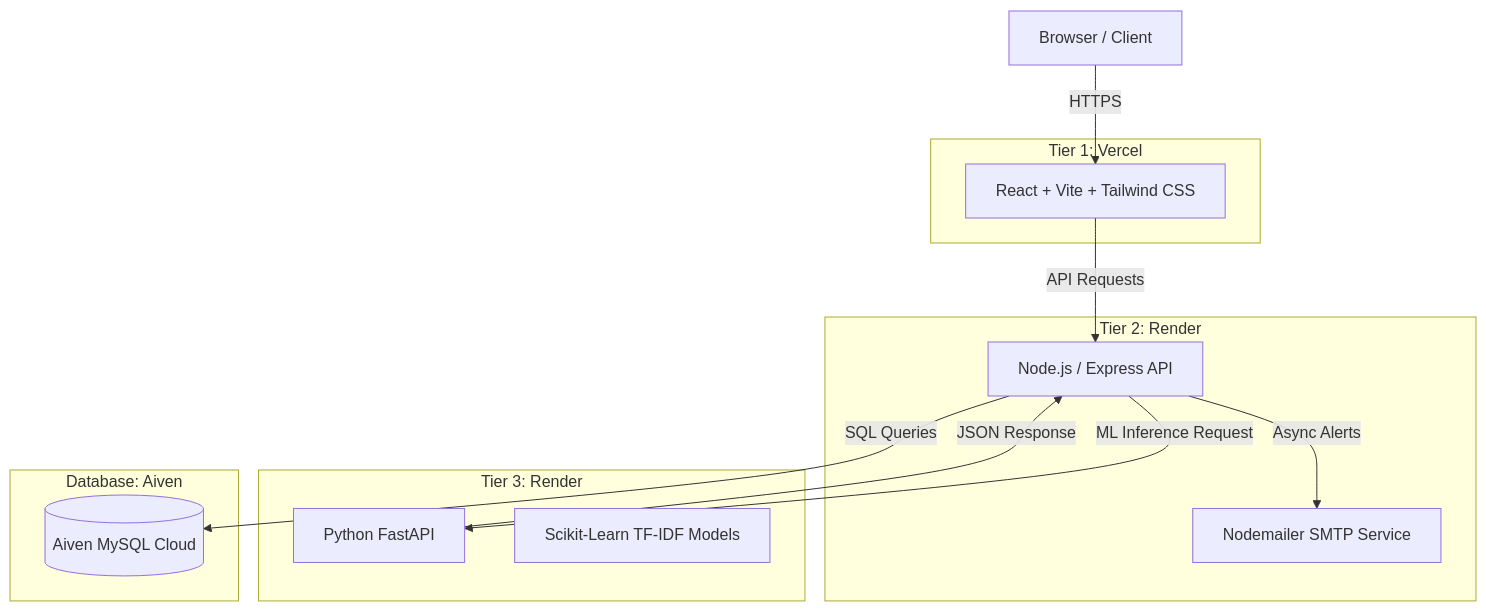
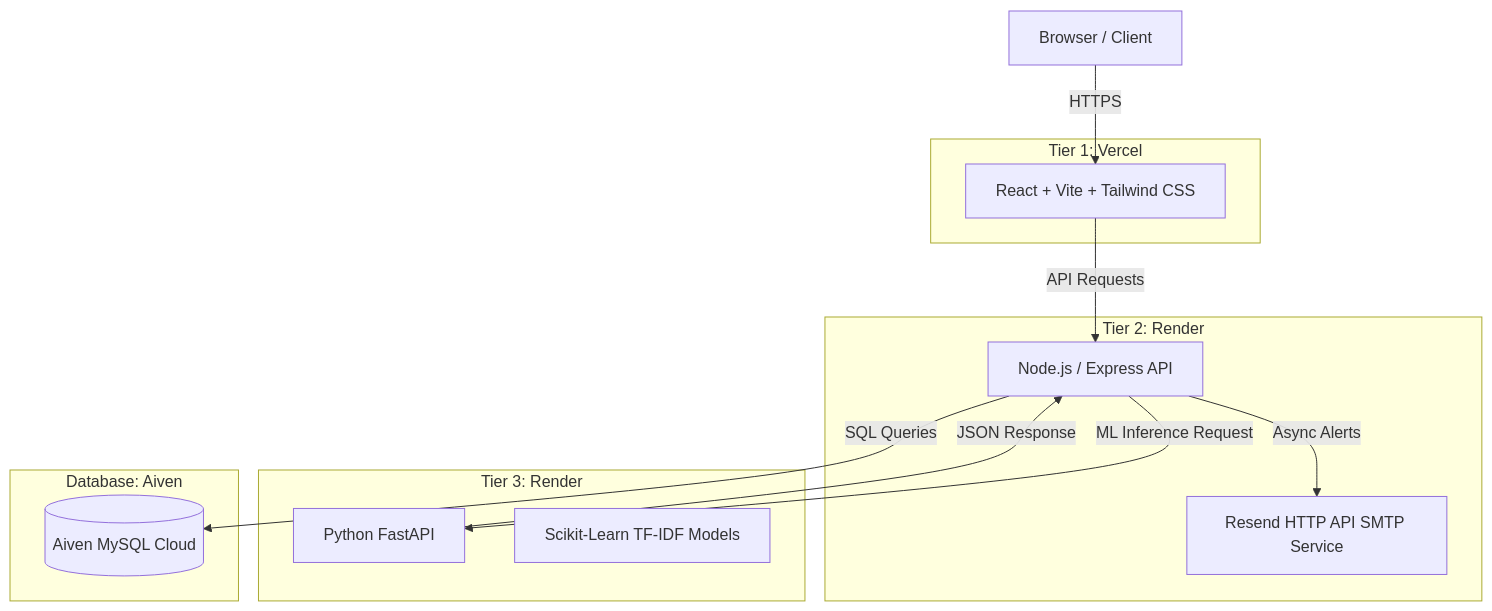
The first of 2 diagrams in documentation/architecture_overview.md (nikhildhore9923/feedback-analyzer), drawn with Mermaid before and after one commit. The commit also changed other lines of this file and 7 other files, not shown here.

````diff
--- a/documentation/architecture_overview.md
+++ b/documentation/architecture_overview.md
@@ -9,29 +9,29 @@
 ```mermaid
 graph TD
     Client[Browser / Client]
     
     subgraph Frontend [Tier 1: Vercel]
         React[React + Vite + Tailwind CSS]
     end
 
     subgraph Backend_Node [Tier 2: Render]
         NodeAPI[Node.js / Express API]
-        Mailer[Nodemailer SMTP Service]
+        Mailer[Resend HTTP API SMTP Service]
     end
 
     subgraph Backend_ML [Tier 3: Render]
         FastAPI[Python FastAPI]
         MLModel[Scikit-Learn TF-IDF Models]
     end
 
     subgraph Database [Database: Aiven]
         MySQL[(Aiven MySQL Cloud)]
     end
 
     Client -- HTTPS --> React
     React -- API Requests --> NodeAPI
     NodeAPI -- Async Alerts --> Mailer
     NodeAPI -- ML Inference Request --> FastAPI
     FastAPI -- JSON Response --> NodeAPI
     NodeAPI -- SQL Queries --> MySQL
 ```
````
